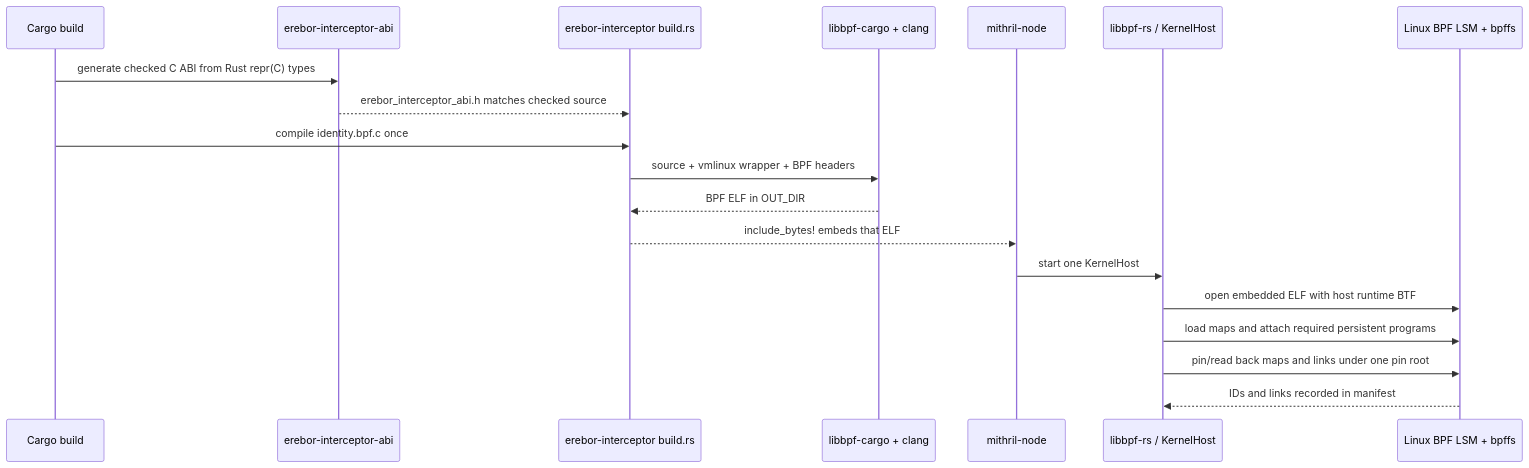
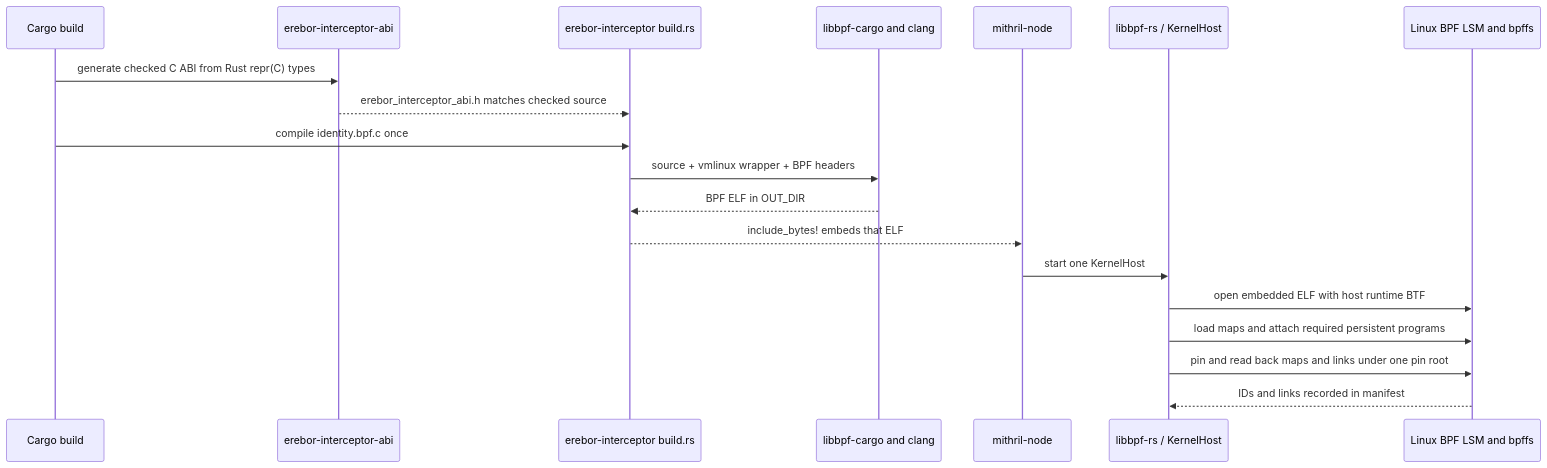
Before and after one commit to Ereborlabs/erebor-runtime: the first of 12 diagrams in docs/plans/mithril-hugging-face-intrusion-prevention/implemented-phase-review.md, drawn with Mermaid. The commit also changed other lines of this file and 3 other files, not shown here.

````diff
--- a/docs/plans/mithril-hugging-face-intrusion-prevention/implemented-phase-review.md
+++ b/docs/plans/mithril-hugging-face-intrusion-prevention/implemented-phase-review.md
@@ -82,22 +90,22 @@
 ```mermaid
 sequenceDiagram
     participant Cargo as Cargo build
     participant ABI as erebor-interceptor-abi
     participant Build as erebor-interceptor build.rs
-    participant LC as libbpf-cargo + clang
+    participant LC as libbpf-cargo and clang
     participant Node as mithril-node
     participant LR as libbpf-rs / KernelHost
-    participant K as Linux BPF LSM + bpffs
+    participant K as Linux BPF LSM and bpffs
 
     Cargo->>ABI: generate checked C ABI from Rust repr(C) types
     ABI-->>Build: erebor_interceptor_abi.h matches checked source
     Cargo->>Build: compile identity.bpf.c once
     Build->>LC: source + vmlinux wrapper + BPF headers
     LC-->>Build: BPF ELF in OUT_DIR
     Build-->>Node: include_bytes! embeds that ELF
     Node->>LR: start one KernelHost
     LR->>K: open embedded ELF with host runtime BTF
     LR->>K: load maps and attach required persistent programs
-    LR->>K: pin/read back maps and links under one pin root
+    LR->>K: pin and read back maps and links under one pin root
     K-->>LR: IDs and links recorded in manifest
 ```
````
